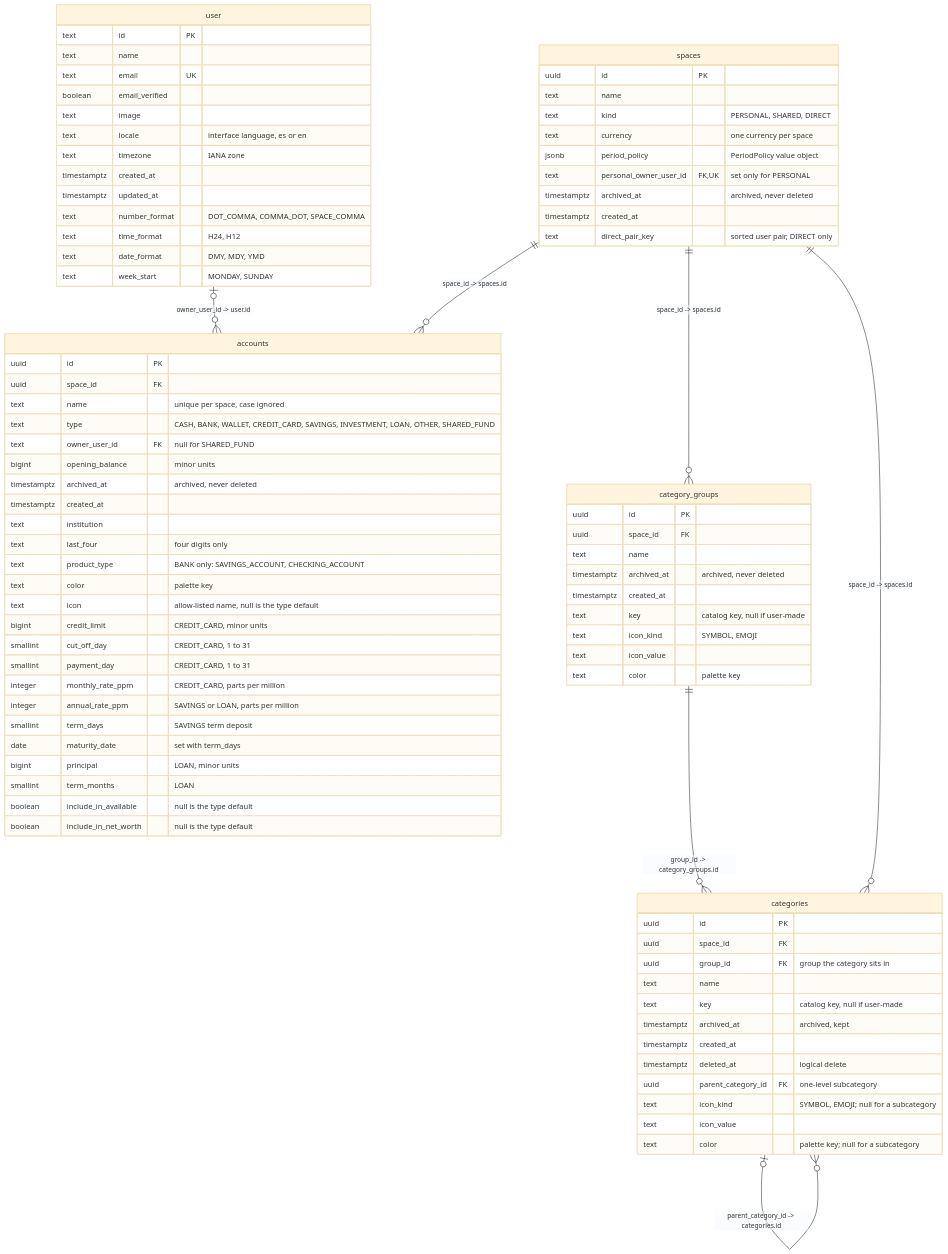
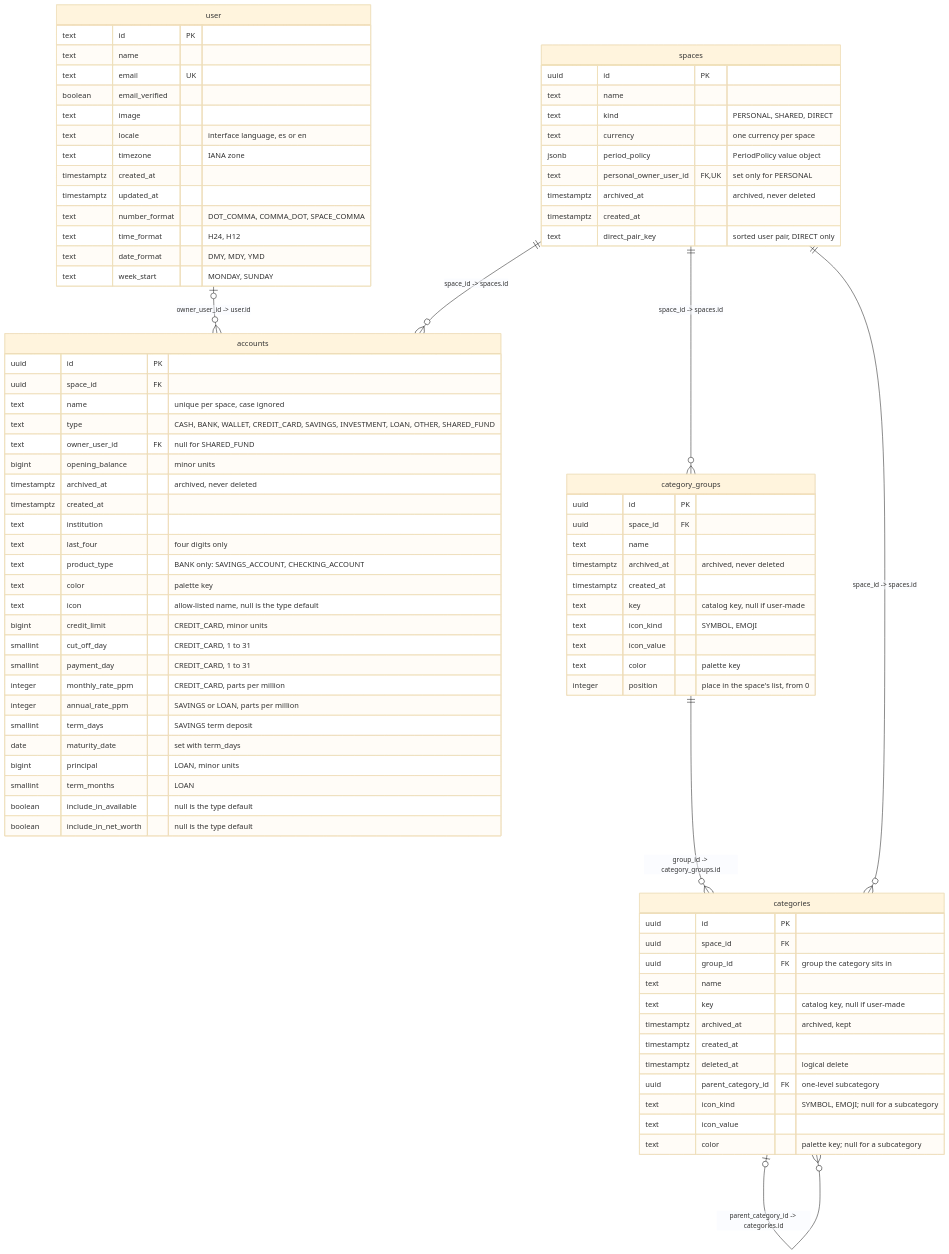
Before and after one commit to Facabore/Hearth: the third of 6 diagrams in docs/architecture/data-model.md, drawn with Mermaid (base theme). The commit also changed other lines of this file and 28 other files, not shown here.

```diff
--- a/docs/architecture/data-model.md
+++ b/docs/architecture/data-model.md
@@ -236,6 +236,7 @@
         text icon_kind "SYMBOL, EMOJI"
         text icon_value
         text color "palette key"
+        integer position "place in the space's list, from 0"
     }
     categories {
         uuid id PK
```
